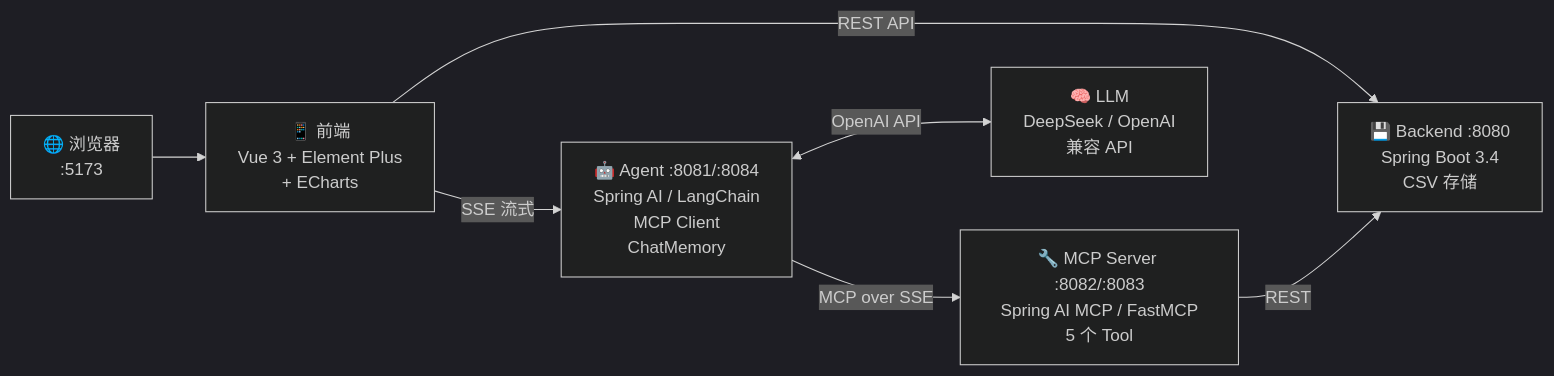
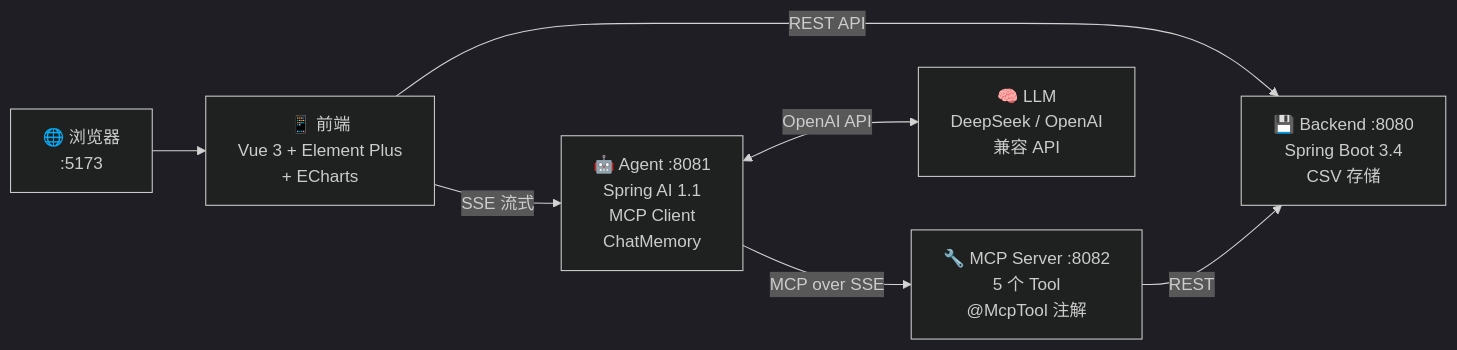
One commit to reallyhwc/test-learn-agent changed the first of 6 diagrams in README.md. Above: the diagram before and after it, drawn with Mermaid (dark theme). The commit also changed other lines of this file and 23 other files, not shown here.

First line of the commit message:
feat: 2×2 Agent+MCP 自由组合 + SSE 修复 + 深度代码审查

````diff
--- a/README.md
+++ b/README.md
@@ -34,16 +31,16 @@
 ```mermaid
 graph LR
     Browser["🌐 浏览器<br/>:5173"]
     Frontend["📱 前端<br/>Vue 3 + Element Plus<br/>+ ECharts"]
-    Agent["🤖 Agent :8081/:8084<br/>Spring AI / LangChain<br/>MCP Client<br/>ChatMemory"]
+    Agent["🤖 Agent :8081<br/>Spring AI 1.1<br/>MCP Client<br/>ChatMemory"]
     LLM["🧠 LLM<br/>DeepSeek / OpenAI<br/>兼容 API"]
-    MCPServer["🔧 MCP Server :8082/:8083<br/>Spring AI MCP / FastMCP<br/>5 个 Tool"]
+    MCPServer["🔧 MCP Server :8082<br/>5 个 Tool<br/>@McpTool 注解"]
     Backend["💾 Backend :8080<br/>Spring Boot 3.4<br/>CSV 存储"]
 
     Browser --> Frontend
     Frontend -->|"REST API"| Backend
     Frontend -->|"SSE 流式"| Agent
     Agent <-->|"OpenAI API"| LLM
     Agent -->|"MCP over SSE"| MCPServer
     MCPServer -->|"REST"| Backend
 ```
````
